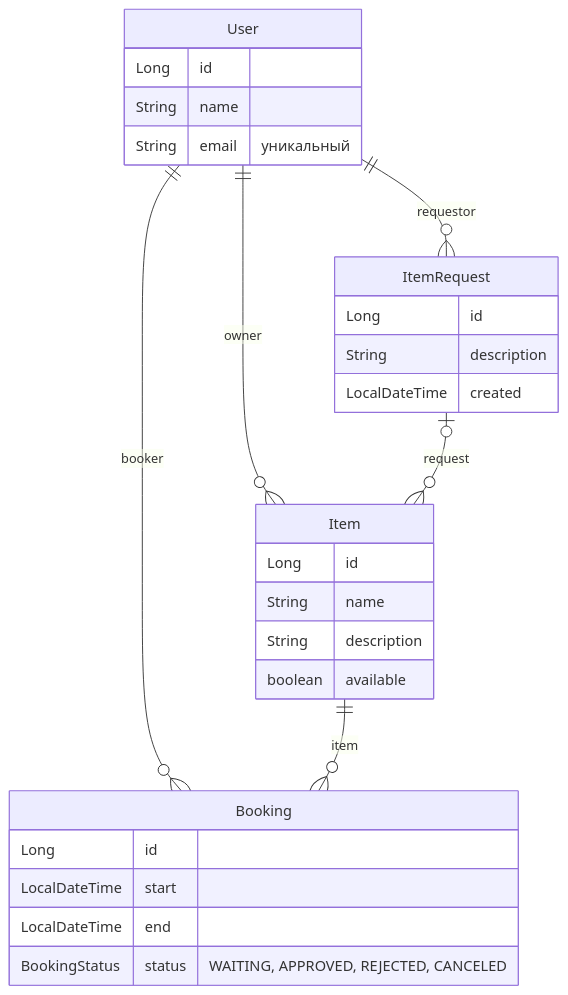
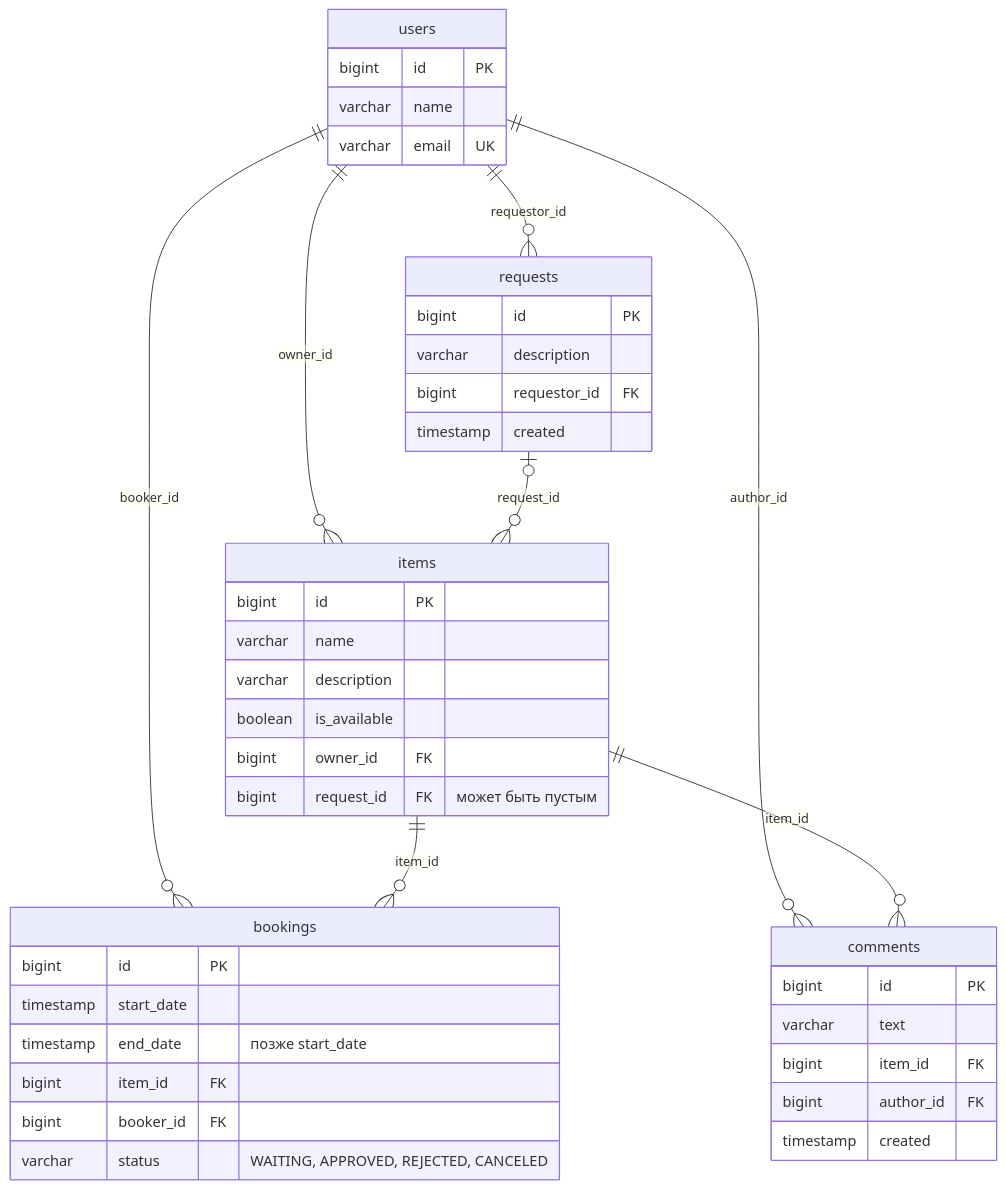
Before and after one commit to ksupyl/java-shareit: the diagram in README.md, drawn with Mermaid. The commit also changed other lines of this file, not shown here.

````diff
--- a/README.md
+++ b/README.md
@@ -144,31 +232,45 @@
 ```mermaid
 erDiagram
-    User ||--o{ Item : "owner"
-    ItemRequest |o--o{ Item : "request"
-    User ||--o{ ItemRequest : "requestor"
-    User ||--o{ Booking : "booker"
-    Item ||--o{ Booking : "item"
+    users ||--o{ items : "owner_id"
+    users ||--o{ requests : "requestor_id"
+    requests |o--o{ items : "request_id"
+    users ||--o{ bookings : "booker_id"
+    items ||--o{ bookings : "item_id"
+    users ||--o{ comments : "author_id"
+    items ||--o{ comments : "item_id"
 
-    User {
-        Long id
-        String name
-        String email "уникальный"
+    users {
+        bigint id PK
+        varchar name
+        varchar email UK
     }
-    Item {
-        Long id
-        String name
-        String description
-        boolean available
+    requests {
+        bigint id PK
+        varchar description
+        bigint requestor_id FK
+        timestamp created
     }
-    ItemRequest {
-        Long id
-        String description
-        LocalDateTime created
+    items {
+        bigint id PK
+        varchar name
+        varchar description
+        boolean is_available
+        bigint owner_id FK
+        bigint request_id FK "может быть пустым"
     }
-    Booking {
-        Long id
-        LocalDateTime start
-        LocalDateTime end
-        BookingStatus status "WAITING, APPROVED, REJECTED, CANCELED"
+    bookings {
+        bigint id PK
+        timestamp start_date
+        timestamp end_date "позже start_date"
+        bigint item_id FK
+        bigint booker_id FK
+        varchar status "WAITING, APPROVED, REJECTED, CANCELED"
+    }
+    comments {
+        bigint id PK
+        varchar text
+        bigint item_id FK
+        bigint author_id FK
+        timestamp created
     }
 ```
````
